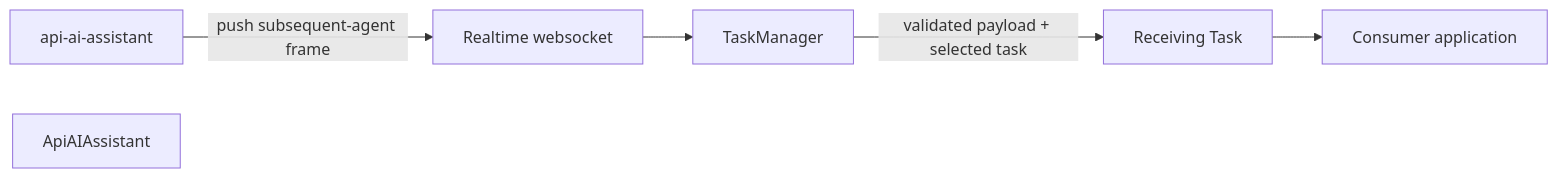
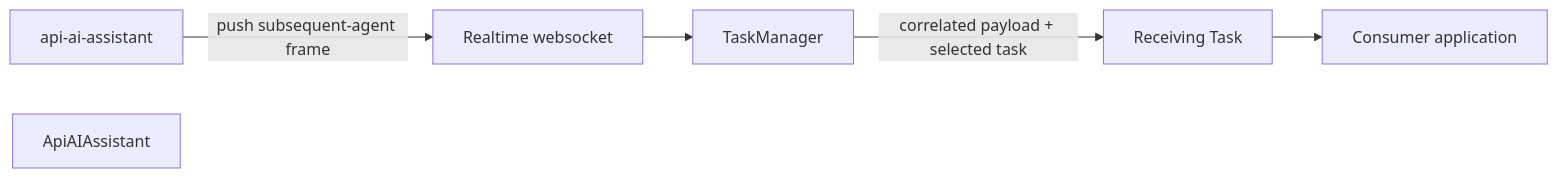
One commit to webex/webex-js-sdk changed the ninth of 10 diagrams in packages/@webex/contact-center/src/services/task/ai-docs/ARCHITECTURE.md. Above: the diagram before and after it, drawn with Mermaid. The commit also changed other lines of this file and 19 other files, not shown here.

````diff
--- a/packages/@webex/contact-center/src/services/task/ai-docs/ARCHITECTURE.md
+++ b/packages/@webex/contact-center/src/services/task/ai-docs/ARCHITECTURE.md
@@ -528,14 +519,14 @@
 ```mermaid
 flowchart LR
   Backend[api-ai-assistant]
   RTD[Realtime websocket]
   TM[TaskManager]
   Api[ApiAIAssistant]
   Task[Receiving Task]
   App[Consumer application]
 
   Backend -->|push subsequent-agent frame| RTD
   RTD --> TM
-  TM -->|validated payload + selected task| Task
+  TM -->|correlated payload + selected task| Task
   Task --> App
 ```
````
